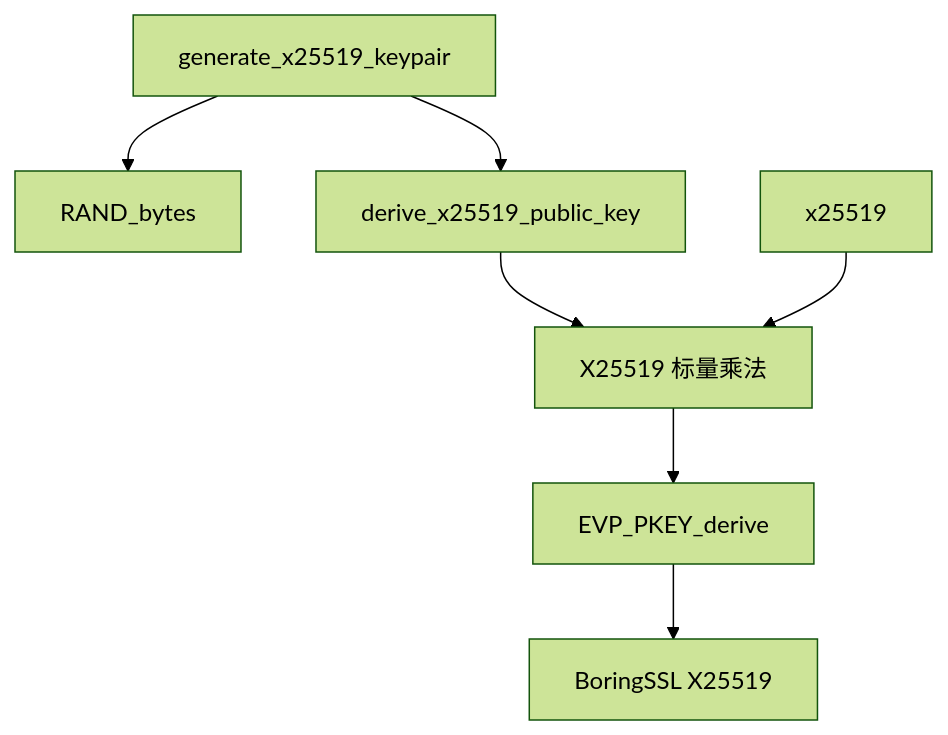
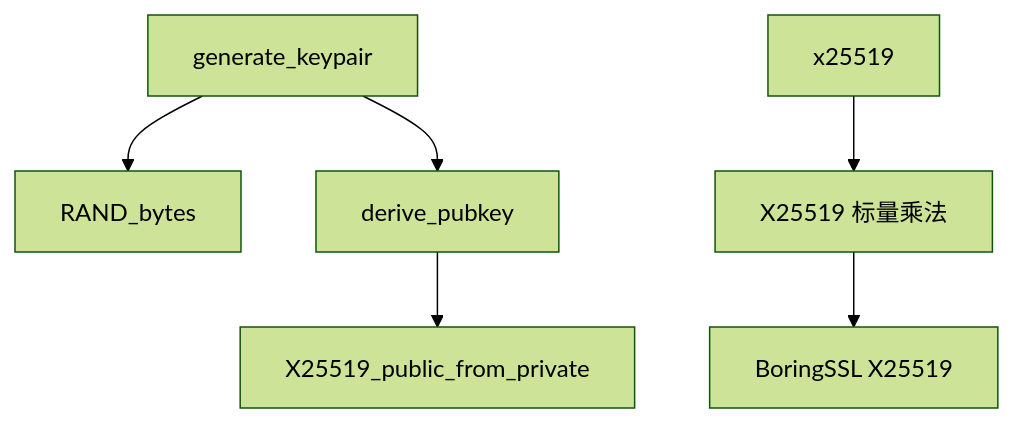
The diagram in core/crypto/x25519.md (Hatedatastructures/PrismWiki), drawn with Mermaid (forest theme) before and after one commit. The commit also changed other lines of this file and 273 other files, not shown here.

````diff
--- a/core/crypto/x25519.md
+++ b/core/crypto/x25519.md
@@ -199,12 +243,10 @@
 ```mermaid
 graph TD
-    A[generate_x25519_keypair] --> B[RAND_bytes]
-    A --> C[derive_x25519_public_key]
+    A[generate_keypair] --> B[RAND_bytes]
+    A --> C[derive_pubkey]
     
-    C --> D[X25519 标量乘法]
+    C --> D[X25519_public_from_private]
     
-    E[x25519] --> D
-    
-    D --> F[EVP_PKEY_derive]
+    E[x25519] --> F[X25519 标量乘法]
     F --> G[BoringSSL X25519]
 ```
````
